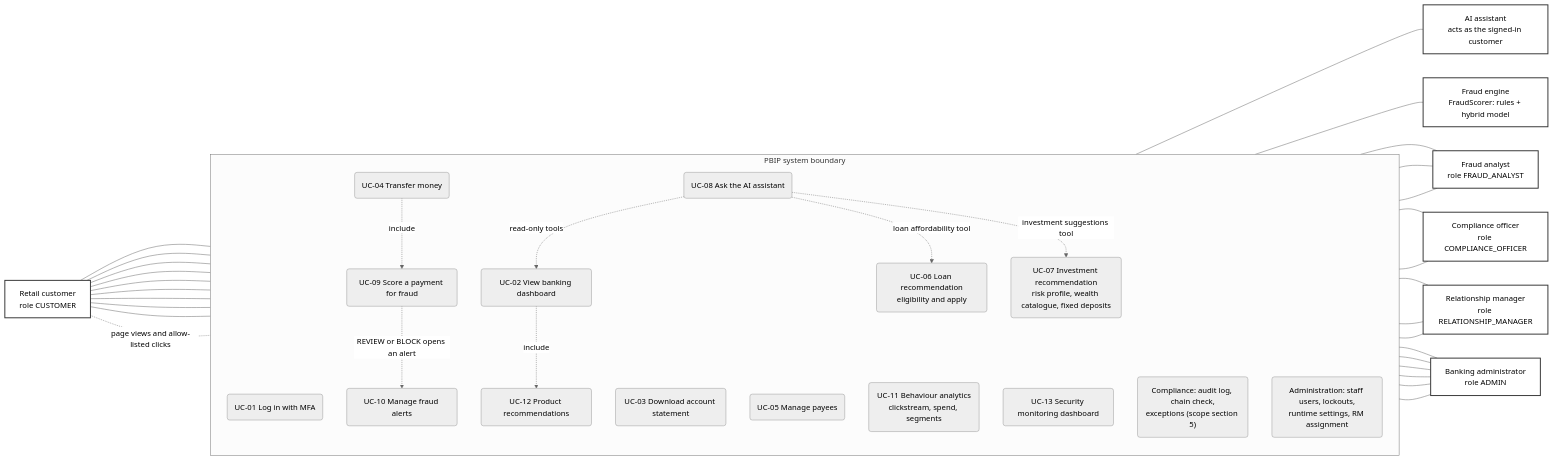
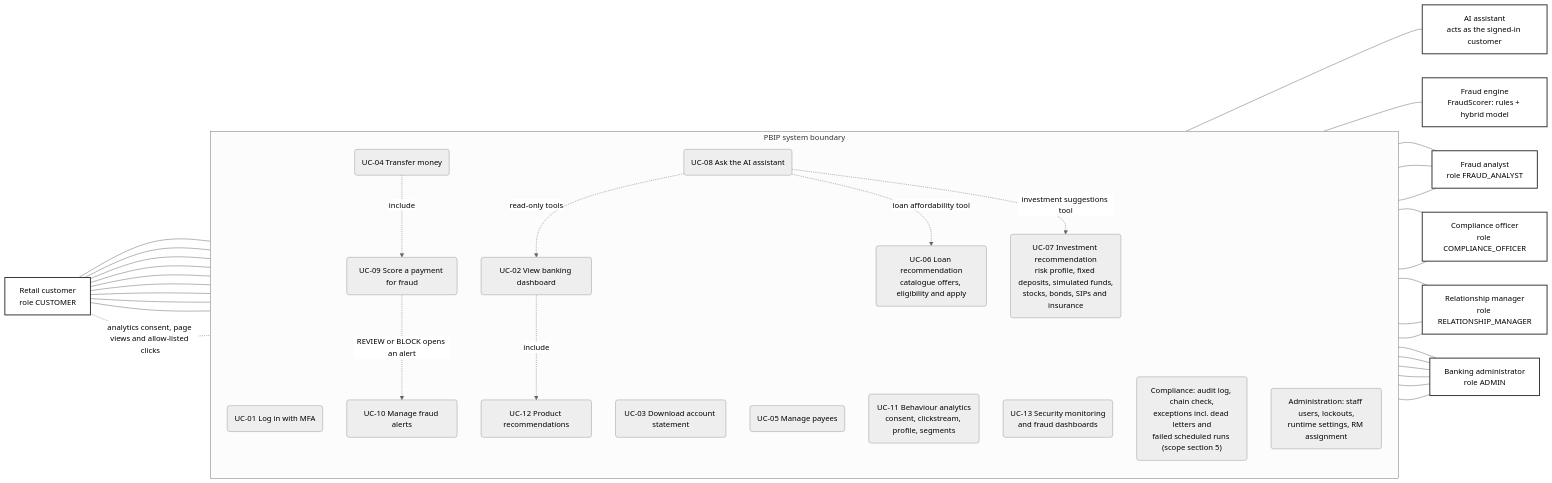
One commit to rachitst/pbip changed the diagram in docs/diagrams/use-case.md. Above: the diagram before and after it, drawn with Mermaid (neutral theme). The commit also changed other lines of this file and 59 other files, not shown here.

First line of the commit message:
docs: batch O, use cases and traceability (#476), v1.1 diagrams (#478), v1.1.0 release notes (#489)

````diff
--- a/docs/diagrams/use-case.md
+++ b/docs/diagrams/use-case.md
@@ -12,67 +12,67 @@
 ```mermaid
 flowchart LR
     classDef actor fill:#fff,stroke:#333,stroke-width:2px
     customer["Retail customer<br/>role CUSTOMER"]:::actor
     assistant["AI assistant<br/>acts as the signed-in customer"]:::actor
     engine["Fraud engine<br/>FraudScorer: rules + hybrid model"]:::actor
 
     subgraph pbip["PBIP system boundary"]
         direction TB
         uc01("UC-01 Log in with MFA")
         uc02("UC-02 View banking dashboard")
         uc03("UC-03 Download account statement")
         uc04("UC-04 Transfer money")
         uc05("UC-05 Manage payees")
-        uc06("UC-06 Loan recommendation<br/>eligibility and apply")
-        uc07("UC-07 Investment recommendation<br/>risk profile, wealth catalogue, fixed deposits")
+        uc06("UC-06 Loan recommendation<br/>catalogue offers, eligibility and apply")
+        uc07("UC-07 Investment recommendation<br/>risk profile, fixed deposits, simulated funds,<br/>stocks, bonds, SIPs and insurance")
         uc08("UC-08 Ask the AI assistant")
         uc09("UC-09 Score a payment for fraud")
         uc10("UC-10 Manage fraud alerts")
-        uc11("UC-11 Behaviour analytics<br/>clickstream, spend, segments")
+        uc11("UC-11 Behaviour analytics<br/>consent, clickstream, profile, segments")
         uc12("UC-12 Product recommendations")
-        uc13("UC-13 Security monitoring dashboard")
-        ucaud("Compliance: audit log, chain check,<br/>exceptions (scope section 5)")
+        uc13("UC-13 Security monitoring<br/>and fraud dashboards")
+        ucaud("Compliance: audit log, chain check,<br/>exceptions incl. dead letters and<br/>failed scheduled runs (scope section 5)")
         ucadm("Administration: staff users, lockouts,<br/>runtime settings, RM assignment")
     end
 
     analyst["Fraud analyst<br/>role FRAUD_ANALYST"]:::actor
     compliance["Compliance officer<br/>role COMPLIANCE_OFFICER"]:::actor
     rm["Relationship manager<br/>role RELATIONSHIP_MANAGER"]:::actor
     admin["Banking administrator<br/>role ADMIN"]:::actor
 
     customer --- uc01
     customer --- uc02
     customer --- uc03
     customer --- uc04
     customer --- uc05
     customer --- uc06
     customer --- uc07
     customer --- uc08
     customer --- uc12
-    customer -. "page views and allow-listed clicks" .- uc11
+    customer -. "analytics consent, page views and allow-listed clicks" .- uc11
 
     uc08 --- assistant
     uc09 --- engine
 
     uc04 -. "include" .-> uc09
     uc09 -. "REVIEW or BLOCK opens an alert" .-> uc10
     uc02 -. "include" .-> uc12
     uc08 -. "read-only tools" .-> uc02
     uc08 -. "loan affordability tool" .-> uc06
     uc08 -. "investment suggestions tool" .-> uc07
 
     uc01 --- analyst
     uc10 --- analyst
     uc13 --- analyst
     uc01 --- compliance
     ucaud --- compliance
     uc01 --- rm
     uc11 --- rm
     uc12 --- rm
     uc01 --- admin
     ucadm --- admin
     uc10 --- admin
     uc13 --- admin
     ucaud --- admin
     uc11 --- admin
 ```
````
